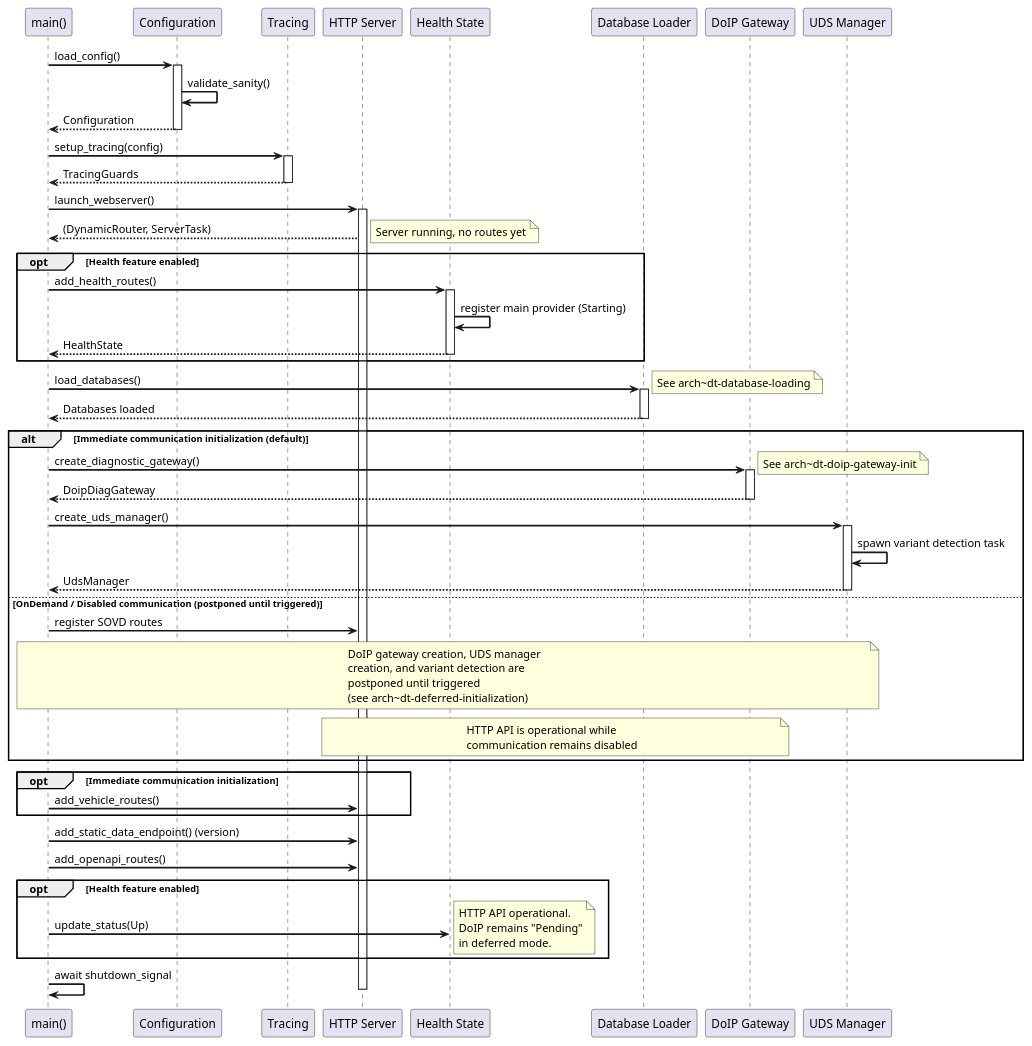
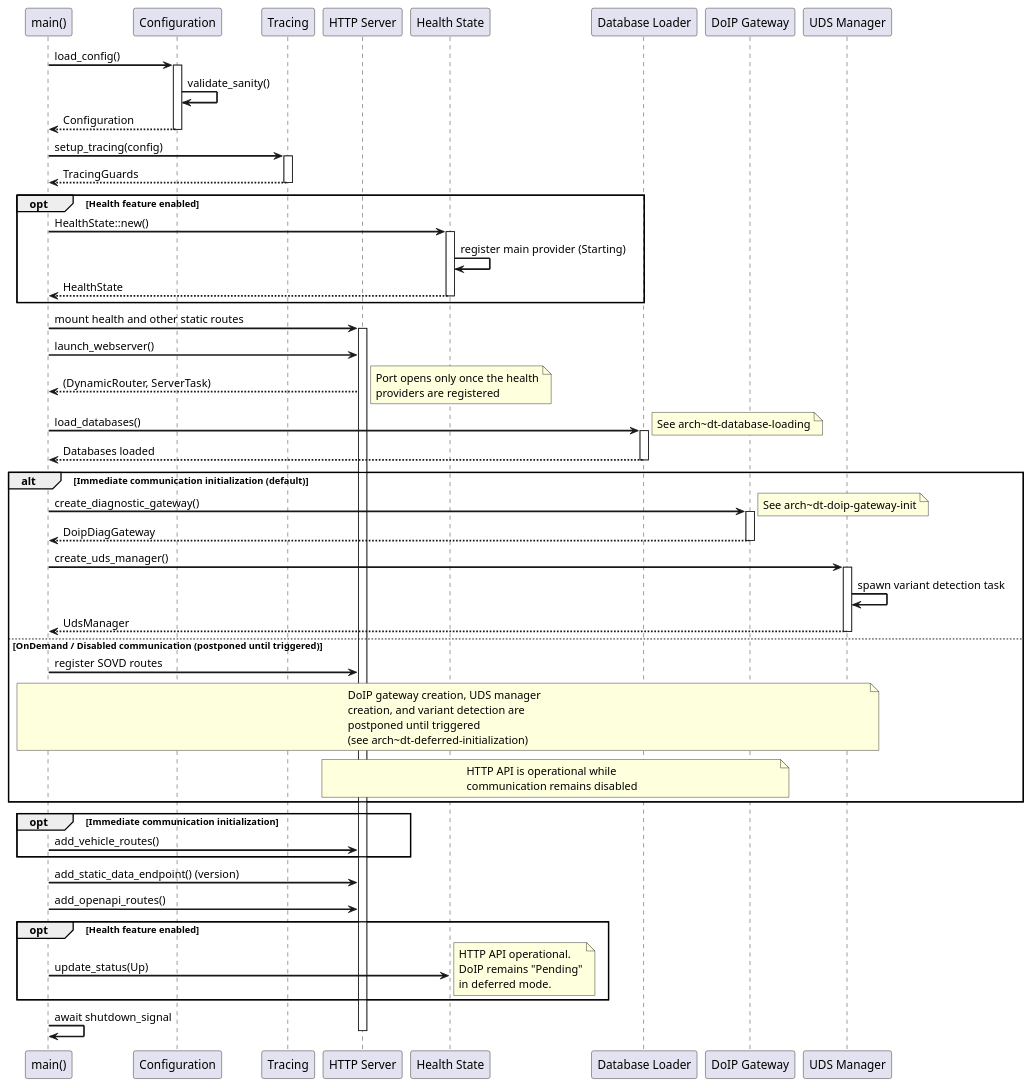
Before and after one commit to eclipse-opensovd/classic-diagnostic-adapter: the first of 8 diagrams in docs/03_architecture/04_diagnostic_tester.rst, drawn with PlantUML. The commit also changed other lines of this file and 44 other files, not shown here.

```diff
--- a/docs/03_architecture/04_diagnostic_tester.rst
+++ b/docs/03_architecture/04_diagnostic_tester.rst
@@ -124,18 +131,19 @@
         Trace --> Main: TracingGuards
         deactivate Trace
 
-        Main -> HTTP: launch_webserver()
-        activate HTTP
-        HTTP --> Main: (DynamicRouter, ServerTask)
-        note right: Server running, no routes yet
-
         opt Health feature enabled
-            Main -> Health: add_health_routes()
+            Main -> Health: HealthState::new()
             activate Health
             Health -> Health: register main provider (Starting)
             Health --> Main: HealthState
             deactivate Health
         end
+
+        Main -> HTTP: mount health and other static routes
+        activate HTTP
+        Main -> HTTP: launch_webserver()
+        HTTP --> Main: (DynamicRouter, ServerTask)
+        note right: Port opens only once the health\nproviders are registered
 
         Main -> DB: load_databases()
         activate DB
```
